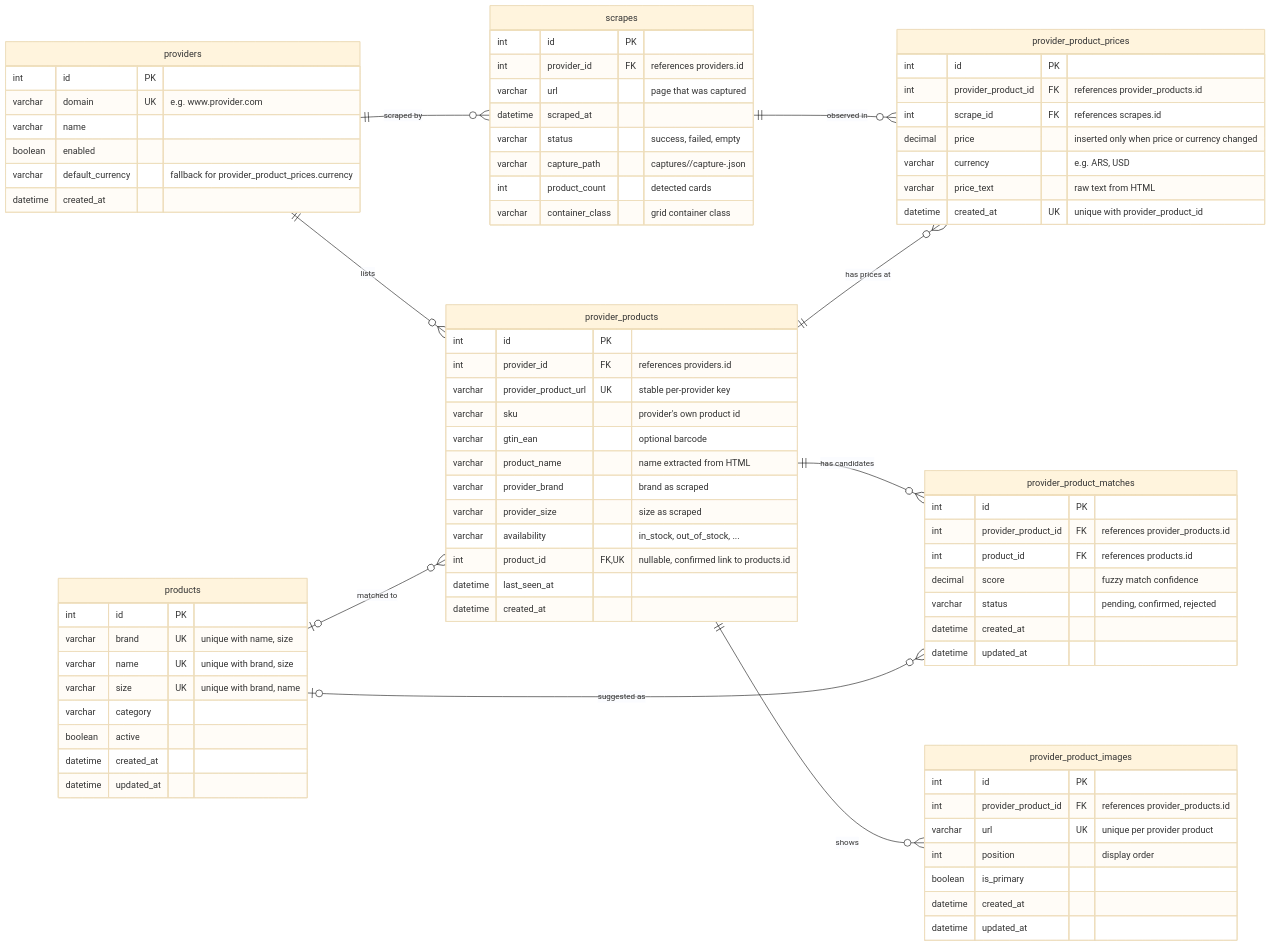
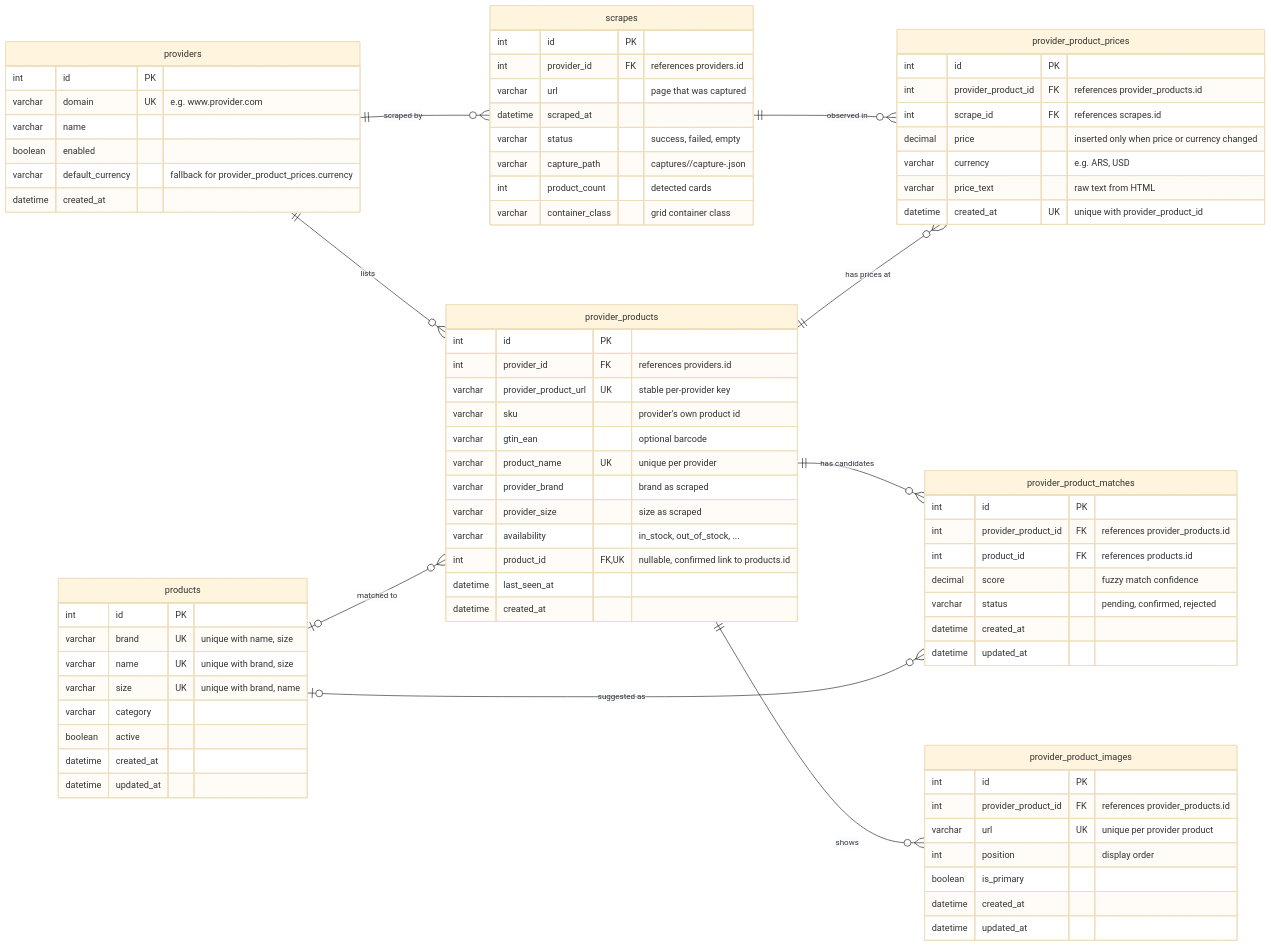
One commit to romayengineer/price_hunter changed the diagram in DATABASE.md. Above: the diagram before and after it, drawn with Mermaid (base theme). The commit also changed other lines of this file and 3 other files, not shown here.

Commit message:
unique product name

```diff
--- a/DATABASE.md
+++ b/DATABASE.md
@@ -43,7 +43,7 @@
         varchar provider_product_url UK "stable per-provider key"
         varchar sku "provider's own product id"
         varchar gtin_ean "optional barcode"
-        varchar product_name "name extracted from HTML"
+        varchar product_name UK "unique per provider"
         varchar provider_brand "brand as scraped"
         varchar provider_size "size as scraped"
         varchar availability "in_stock, out_of_stock, ..."
```
